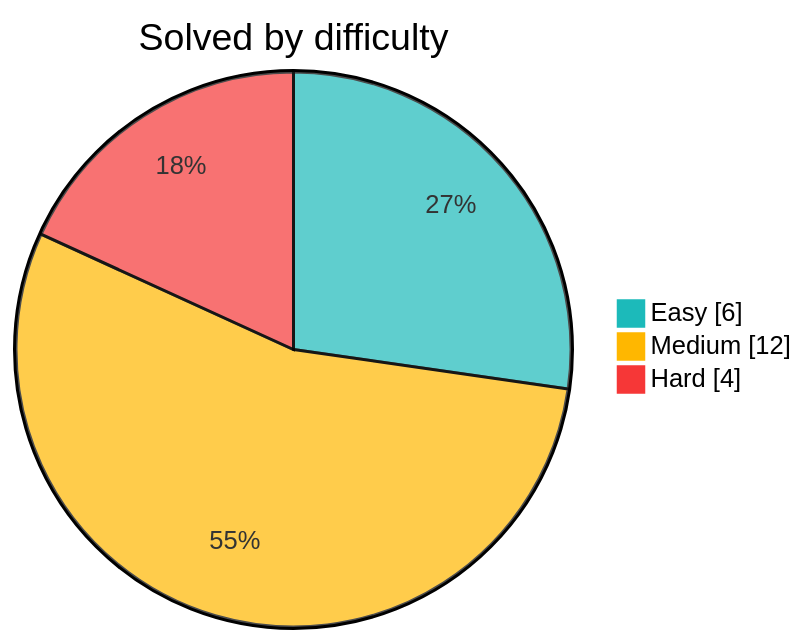
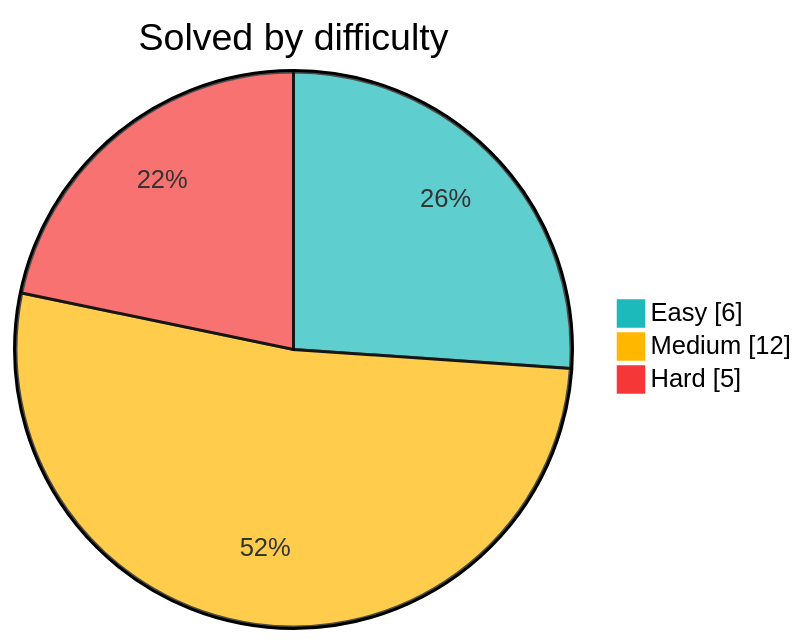
The diagram in README.md (Sekler09/algorithms), drawn with Mermaid before and after one commit. The commit also changed other lines of this file and 2 other files, not shown here.

````diff
--- a/README.md
+++ b/README.md
@@ -9,8 +9,8 @@
 ```mermaid
 %%{init: {"themeVariables": {"pie1": "#1cbaba", "pie2": "#ffb700", "pie3": "#f63737"}}}%%
 pie showData
     title Solved by difficulty
     "Easy" : 6
     "Medium" : 12
-    "Hard" : 4
+    "Hard" : 5
 ```
````
